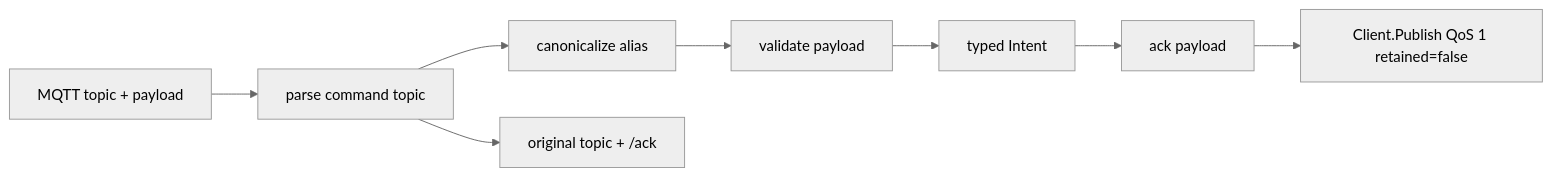
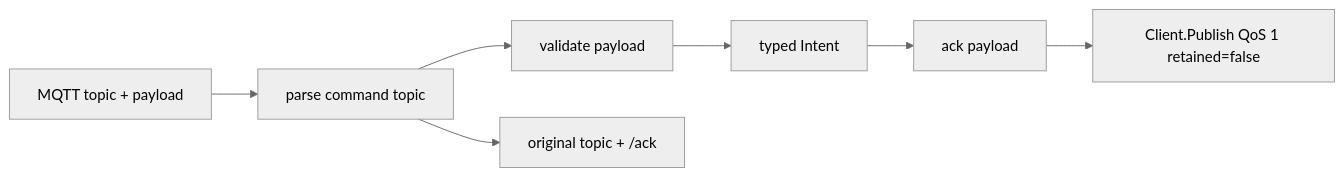
Before and after one commit to atbore-phx/sbam: the diagram in docs/implementations/86-issue-mqtt-command-parser-ack-publisher/86-issue-mqtt-command-parser-ack-publisher-PLAN.md, drawn with Mermaid (neutral theme). The commit also changed other lines of this file and 5 other files, not shown here.

````diff
--- a/docs/implementations/86-issue-mqtt-command-parser-ack-publisher/86-issue-mqtt-command-parser-ack-publisher-PLAN.md
+++ b/docs/implementations/86-issue-mqtt-command-parser-ack-publisher/86-issue-mqtt-command-parser-ack-publisher-PLAN.md
@@ -61,10 +55,9 @@
 ```mermaid
 flowchart LR
   Raw[MQTT topic + payload] --> Topic[parse command topic]
-  Topic --> Alias[canonicalize alias]
-  Alias --> Payload[validate payload]
+  Topic --> Payload[validate payload]
   Payload --> Intent[typed Intent]
   Topic --> AckTopic[original topic + /ack]
   Intent --> AckPayload[ack payload]
   AckPayload --> Client[Client.Publish QoS 1 retained=false]
 ```
````
